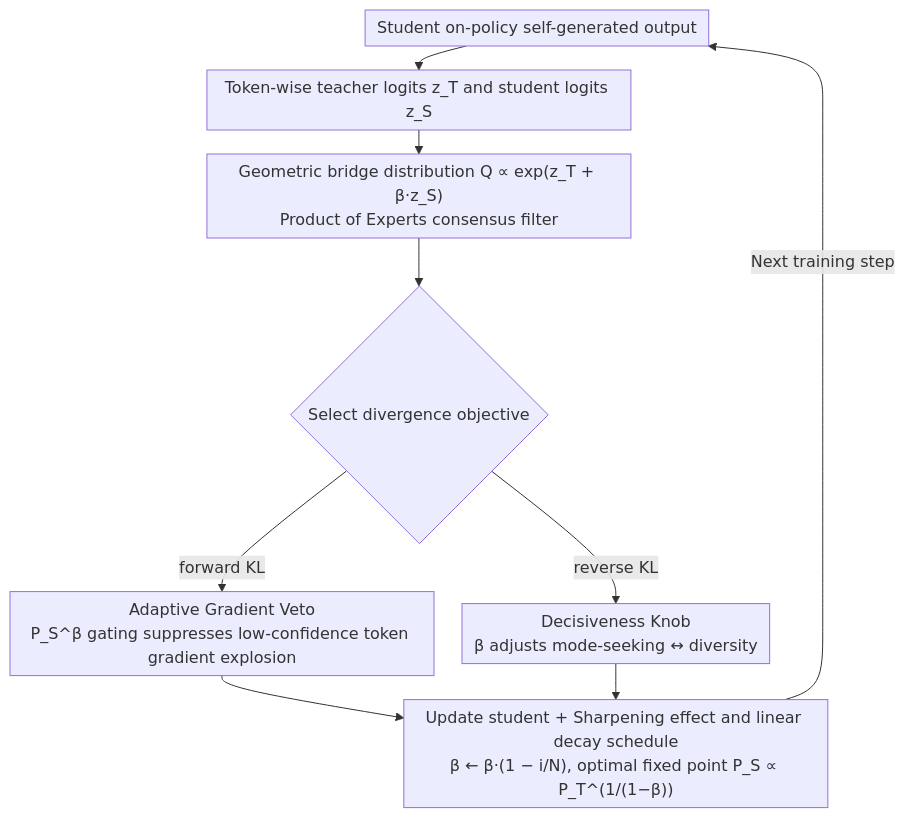
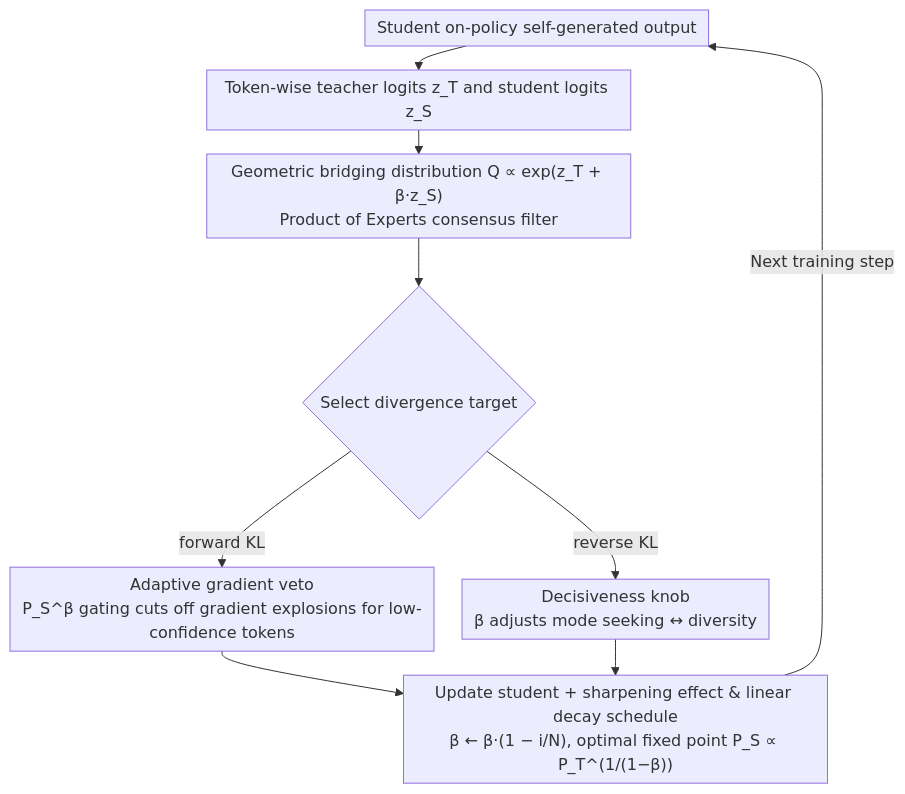
Before and after one commit to zhaoyang97/Paper-Notes-en: the diagram in docs/ACL2026/model_compression/stable_on-policy_distillation_through_adaptive_target_reformulation.md, drawn with Mermaid. The commit also changed other lines of this file and 5084 other files, not shown here.

````diff
--- a/docs/ACL2026/model_compression/stable_on-policy_distillation_through_adaptive_target_reformulation.md
+++ b/docs/ACL2026/model_compression/stable_on-policy_distillation_through_adaptive_target_reformulation.md
@@ -45,12 +45,12 @@
 ```mermaid
 %%{init: {'flowchart': {'rankSpacing': 24, 'nodeSpacing': 28, 'padding': 6, 'wrappingWidth': 400}}}%%
 flowchart TD
     A["Student on-policy self-generated output"] --> B["Token-wise teacher logits z_T and student logits z_S"]
-    B --> C["Geometric bridge distribution Q ∝ exp(z_T + β·z_S)<br/>Product of Experts consensus filter"]
-    C --> D{"Select divergence objective"}
-    D -->|forward KL| E["Adaptive Gradient Veto<br/>P_S^β gating suppresses low-confidence token gradient explosion"]
-    D -->|reverse KL| F["Decisiveness Knob<br/>β adjusts mode-seeking ↔ diversity"]
-    E --> G["Update student + Sharpening effect and linear decay schedule<br/>β ← β·(1 − i/N), optimal fixed point P_S ∝ P_T^(1/(1−β))"]
+    B --> C["Geometric bridging distribution Q ∝ exp(z_T + β·z_S)<br/>Product of Experts consensus filter"]
+    C --> D{"Select divergence target"}
+    D -->|forward KL| E["Adaptive gradient veto<br/>P_S^β gating cuts off gradient explosions for low-confidence tokens"]
+    D -->|reverse KL| F["Decisiveness knob<br/>β adjusts mode seeking ↔ diversity"]
+    E --> G["Update student + sharpening effect & linear decay schedule<br/>β ← β·(1 − i/N), optimal fixed point P_S ∝ P_T^(1/(1−β))"]
     F --> G
     G -->|Next training step| A
 ```
````
